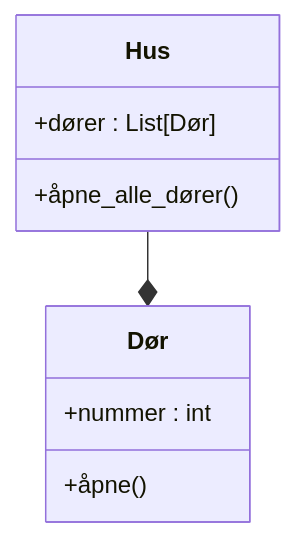
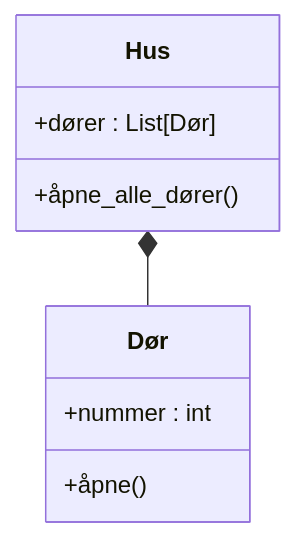
One commit to thorcc/it2-bok changed the fifth of 7 diagrams in src/content/docs/apputvikling/1-oom.mdx. Above: the diagram before and after it, drawn with Mermaid. The commit also changed other lines of this file, not shown here.

````diff
--- a/src/content/docs/apputvikling/1-oom.mdx
+++ b/src/content/docs/apputvikling/1-oom.mdx
@@ -274,15 +274,15 @@
 ```mermaid
 classDiagram
-Hus --* Dør
+Hus *-- Dør
 
 class Hus {
     +dører : List[Dør]
     +åpne_alle_dører()
 }
 
 class Dør {
     +nummer : int
     +åpne()
 }
 
 ```
````
